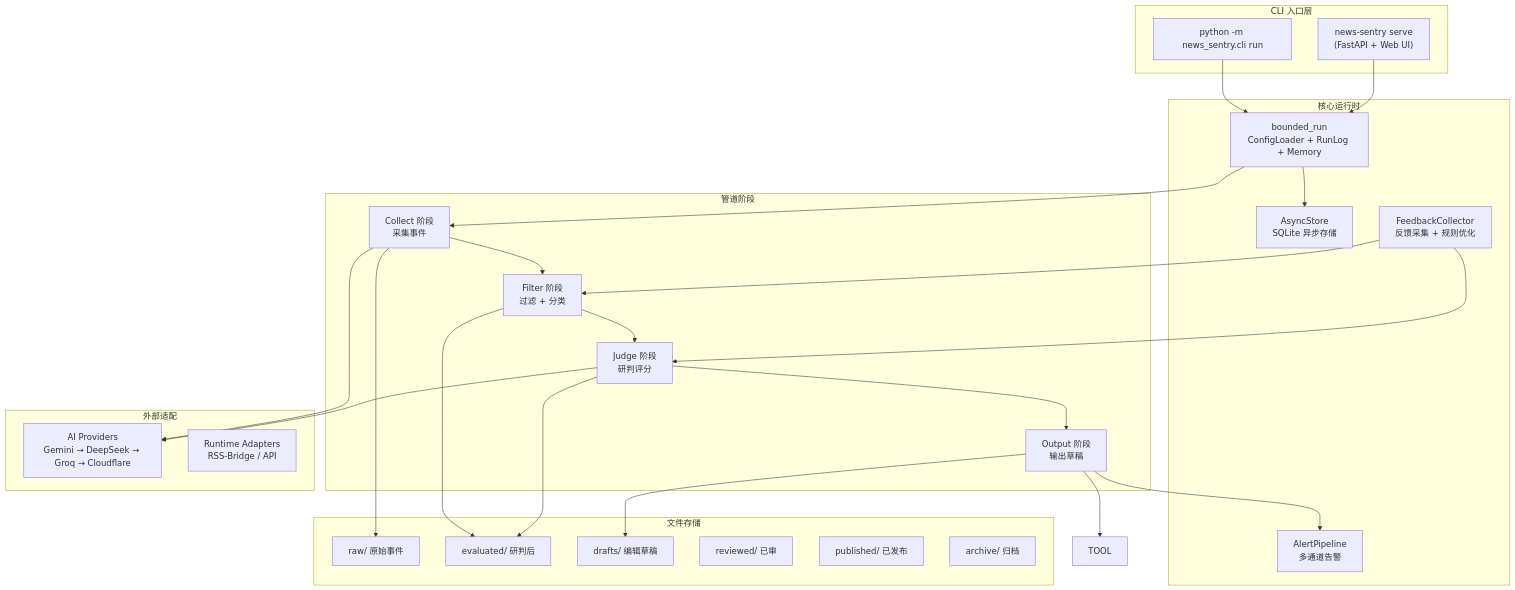
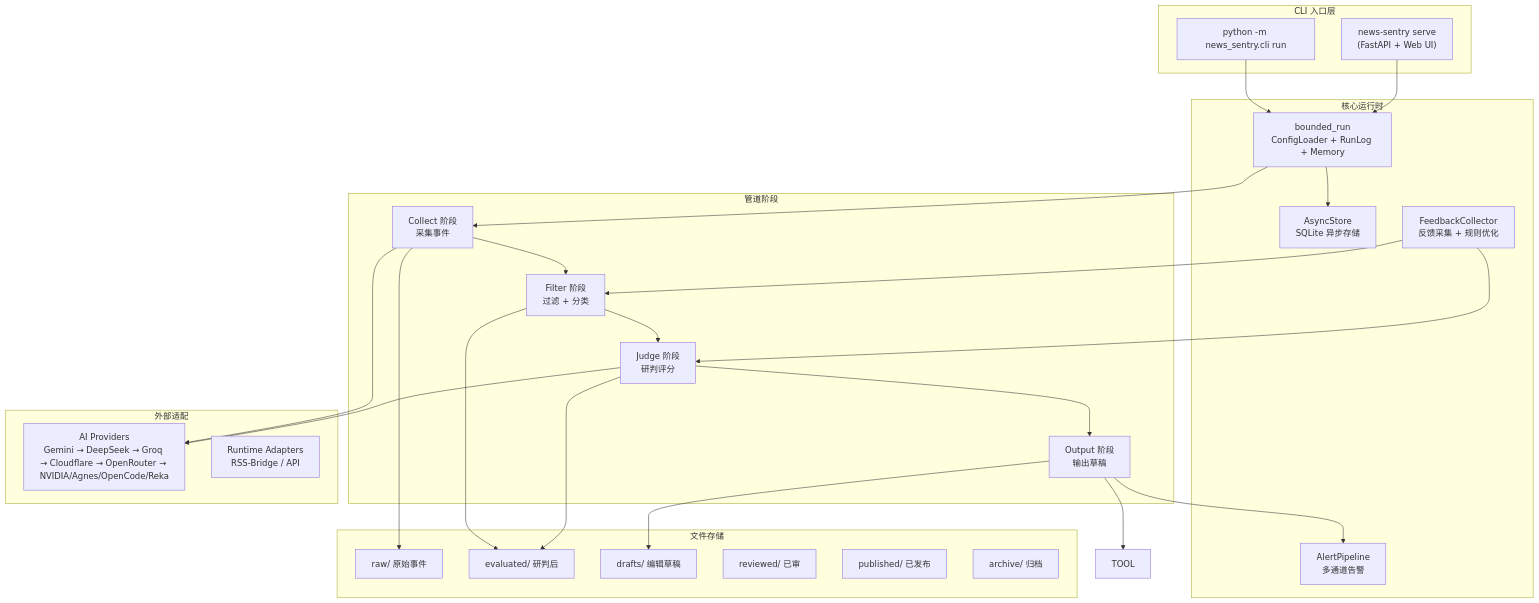
The first of 5 diagrams in AGENTS.md (XucroYuri/NewsSentry), drawn with Mermaid before and after one commit. The commit also changed other lines of this file and 91 other files, not shown here.

````diff
--- a/AGENTS.md
+++ b/AGENTS.md
@@ -17,50 +17,50 @@
 ```mermaid
 flowchart TB
     subgraph CLI["CLI 入口层"]
         RUN["python -m news_sentry.cli run"]
         SERVE["news-sentry serve<br/>(FastAPI + Web UI)"]
     end
 
     subgraph CORE["核心运行时"]
         BR["bounded_run<br/>ConfigLoader + RunLog + Memory"]
         AS["AsyncStore<br/>SQLite 异步存储"]
         AL["AlertPipeline<br/>多通道告警"]
         FB["FeedbackCollector<br/>反馈采集 + 规则优化"]
     end
 
     subgraph PIPELINE["管道阶段"]
         C["Collect 阶段<br/>采集事件"]
         F["Filter 阶段<br/>过滤 + 分类"]
         J["Judge 阶段<br/>研判评分"]
         O["Output 阶段<br/>输出草稿"]
     end
 
     subgraph ADAPTERS["外部适配"]
-        AP["AI Providers<br/>Gemini → DeepSeek → Groq → Cloudflare"]
+        AP["AI Providers<br/>Gemini → DeepSeek → Groq → Cloudflare → OpenRouter → NVIDIA/Agnes/OpenCode/Reka"]
         RT["Runtime Adapters<br/>RSS-Bridge / API"]
     end
 
     subgraph STORAGE["文件存储"]
         RAW["raw/ 原始事件"]
         EVAL["evaluated/ 研判后"]
         DRAFTS["drafts/ 编辑草稿"]
         REVIEWED["reviewed/ 已审"]
         PUB["published/ 已发布"]
         ARCHIVE["archive/ 归档"]
     end
 
     RUN --> BR
     SERVE --> BR
     BR --> C --> F --> J --> O
     C --> AP
     J --> AP
     O --> DRAFTS
     O --> AL
     F --> EVAL
     J --> EVAL
     C --> RAW
     BR --> AS
     FB --> F
     FB --> J
     O --> TOOL
 ```
````
